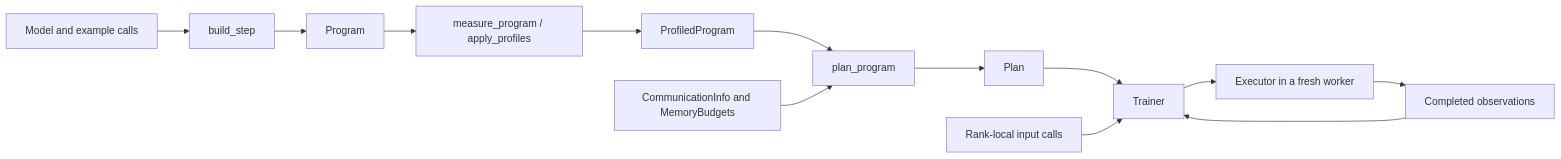
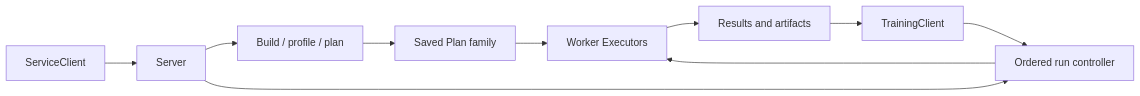
Before and after one commit to als244/shadowspill: the diagram in docs/architecture/training.md, drawn with Mermaid. The commit also changed other lines of this file and 2 other files, not shown here.

Commit message:
Describe current service architecture without migration history

````diff
--- a/docs/architecture/training.md
+++ b/docs/architecture/training.md
@@ -8,15 +7,12 @@
 ```mermaid
 flowchart LR
-    M[Model and example calls] --> B[build_step]
-    B --> P[Program]
-    P --> V[measure_program / apply_profiles]
-    V --> PP[ProfiledProgram]
-    PP --> S[plan_program]
-    C[CommunicationInfo and MemoryBudgets] --> S
-    S --> EP[Plan]
-    EP --> T[Trainer]
-    T --> E[Executor in a fresh worker]
-    D[Rank-local input calls] --> T
-    E --> O[Completed observations]
-    O --> T
+    C[ServiceClient] --> S[Server]
+    S --> P[Build / profile / plan]
+    P --> F[Saved Plan family]
+    F --> W[Worker Executors]
+    T[TrainingClient] --> Q[Ordered run controller]
+    S --> Q
+    Q --> W
+    W --> R[Results and artifacts]
+    R --> T
 ```
````
